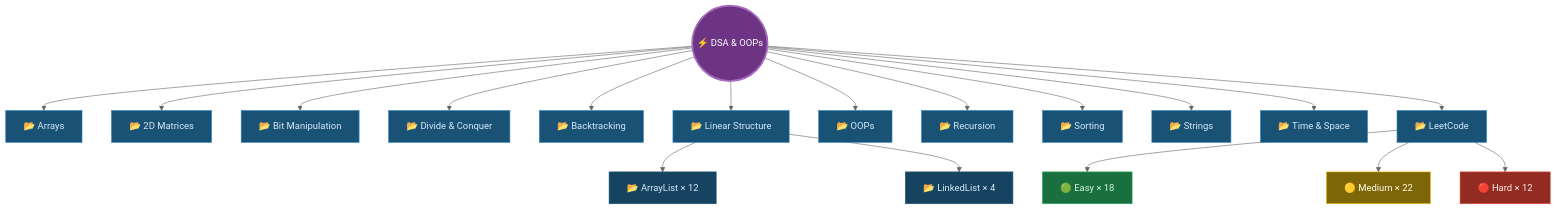
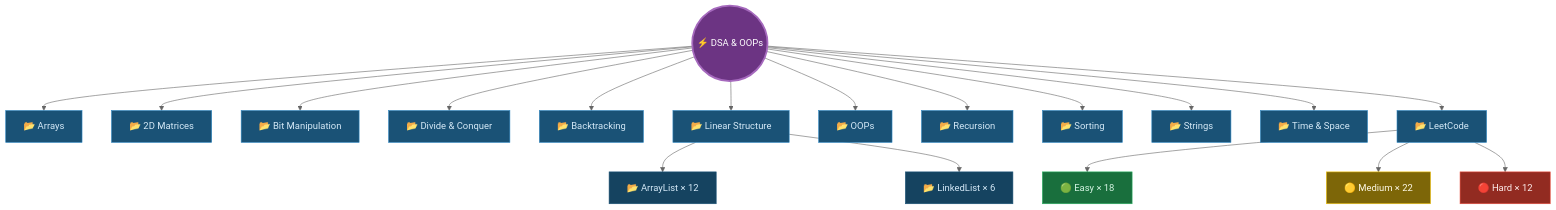
One commit to raghuvanshi-sec/DSA changed the second of 2 diagrams in README.md. Above: the diagram before and after it, drawn with Mermaid (neutral theme). The commit also changed other lines of this file and 9 other files, not shown here.

Commit message:
docs: update README to align with recent LinkedList cycle detection additions

````diff
--- a/README.md
+++ b/README.md
@@ -81,43 +81,43 @@
 ```mermaid
     flowchart TD
     R(("⚡ DSA & OOPs"))
 
     R --> A["📂 Arrays"]
     R --> M["📂 2D Matrices"]
     R --> B["📂 Bit Manipulation"]
     R --> DC["📂 Divide & Conquer"]
     R --> BK["📂 Backtracking"]
     R --> LS["📂 Linear Structure"]
     R --> O["📂 OOPs"]
     R --> REC["📂 Recursion"]
     R --> S["📂 Sorting"]
     R --> ST["📂 Strings"]
     R --> TS["📂 Time & Space"]
     R --> LC["📂 LeetCode"]
 
     LS --> AL["📂 ArrayList × 12"]
-    LS --> LL["📂 LinkedList × 4"]
+    LS --> LL["📂 LinkedList × 6"]
 
     LC --> E["🟢 Easy × 18"]
     LC --> MD["🟡 Medium × 22"]
     LC --> H["🔴 Hard × 12"]
 
     style R fill:#6c3483,stroke:#a569bd,stroke-width:3px,color:#fff
     style A fill:#1a5276,stroke:#2e86c1,color:#d6eaf8
     style M fill:#1a5276,stroke:#2e86c1,color:#d6eaf8
     style B fill:#1a5276,stroke:#2e86c1,color:#d6eaf8
     style DC fill:#1a5276,stroke:#2e86c1,color:#d6eaf8
     style BK fill:#1a5276,stroke:#2e86c1,color:#d6eaf8
     style LS fill:#1a5276,stroke:#2e86c1,color:#d6eaf8
     style AL fill:#154360,stroke:#1a5276,color:#d6eaf8
     style LL fill:#154360,stroke:#1a5276,color:#d6eaf8
     style O fill:#1a5276,stroke:#2e86c1,color:#d6eaf8
     style REC fill:#1a5276,stroke:#2e86c1,color:#d6eaf8
     style S fill:#1a5276,stroke:#2e86c1,color:#d6eaf8
     style ST fill:#1a5276,stroke:#2e86c1,color:#d6eaf8
     style TS fill:#1a5276,stroke:#2e86c1,color:#d6eaf8
     style LC fill:#1a5276,stroke:#2e86c1,color:#d6eaf8
     style E fill:#196f3d,stroke:#27ae60,color:#d5f5e3
     style MD fill:#7d6608,stroke:#f1c40f,color:#fef9e7
     style H fill:#922b21,stroke:#e74c3c,color:#fdedec
 ```
````
